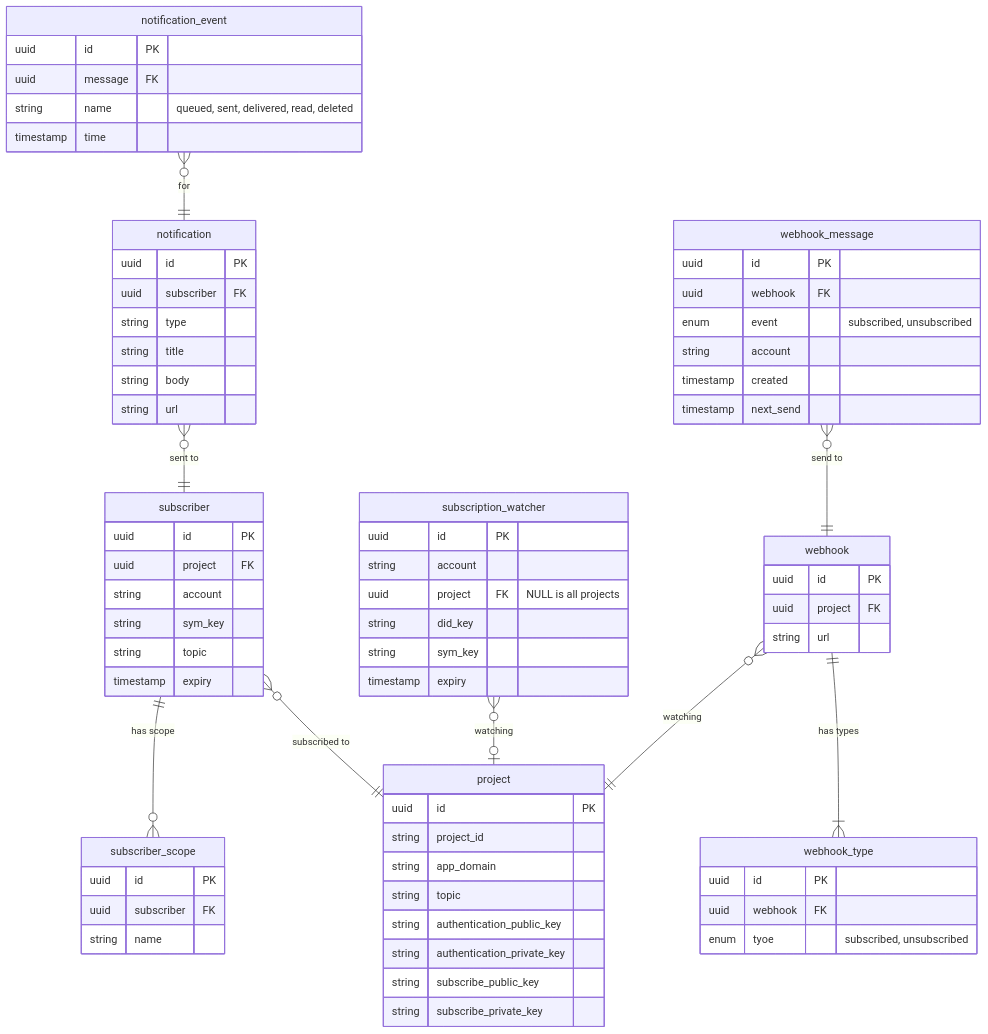
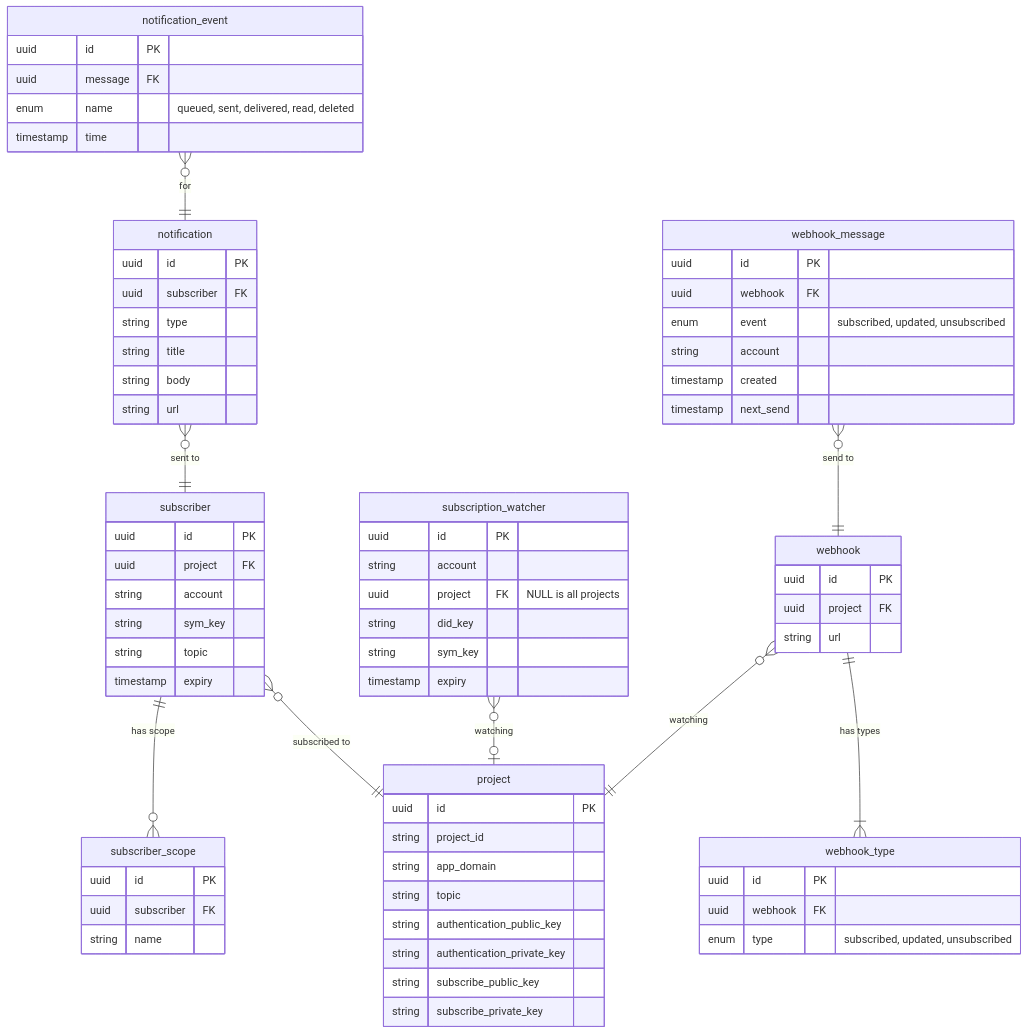
The diagram in migrations/ERD.md (WalletConnect/notify-server), drawn with Mermaid before and after one commit.

````diff
--- a/migrations/ERD.md
+++ b/migrations/ERD.md
@@ -3,82 +3,82 @@
 ```mermaid
 erDiagram
     project {
         uuid id PK
         string project_id
         string app_domain
         string topic
         string authentication_public_key
         string authentication_private_key
         string subscribe_public_key
         string subscribe_private_key
     }
 
     subscriber {
         uuid id PK
         uuid project FK
         string account
         string sym_key
         string topic
         timestamp expiry
     }
     subscriber }o--|| project : "subscribed to"
 
     subscriber_scope {
         uuid id PK
         uuid subscriber FK
         string name
     }
     subscriber ||--o{ subscriber_scope : "has scope"
 
     subscription_watcher {
         uuid id PK
         string account
         uuid project FK "NULL is all projects"
         string did_key
         string sym_key
         timestamp expiry
     }
     subscription_watcher }o--o| project : "watching"
 
     notification {
         uuid id PK
         uuid subscriber FK
         string type
         string title
         string body
         string url
     }
     notification }o--|| subscriber : "sent to"
 
     notification_event {
         uuid id PK
         uuid message FK
-        string name "queued, sent, delivered, read, deleted"
+        enum name "queued, sent, delivered, read, deleted"
         timestamp time
     }
     notification_event }o--|| notification : "for"
 
     webhook {
         uuid id PK
         uuid project FK
         string url
     }
     webhook }o--|| project : "watching"
 
     webhook_type {
         uuid id PK
         uuid webhook FK
-        enum tyoe "subscribed, unsubscribed"
+        enum type "subscribed, updated, unsubscribed"
     }
     webhook ||--|{ webhook_type : "has types"
 
     webhook_message {
         uuid id PK
         uuid webhook FK
-        enum event "subscribed, unsubscribed"
+        enum event "subscribed, updated, unsubscribed"
         string account
         timestamp created
         timestamp next_send
     }
     webhook_message }o--|| webhook : "send to"
 ```
````
